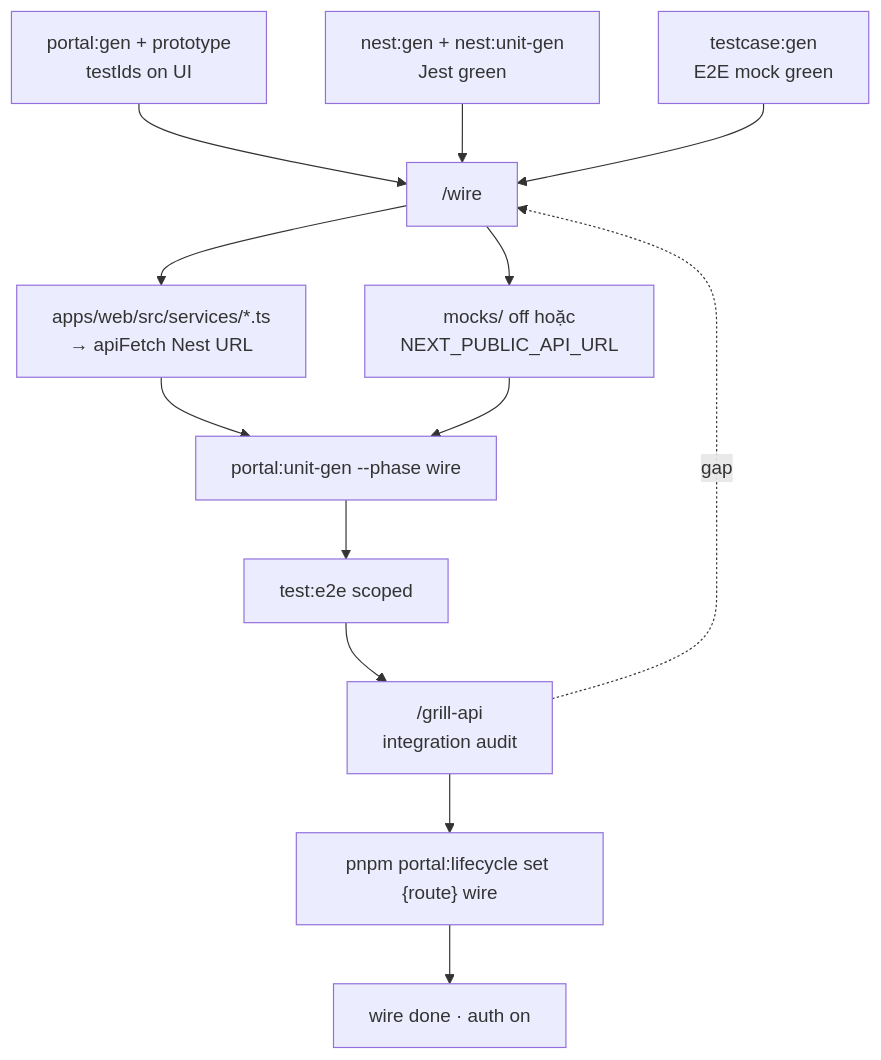
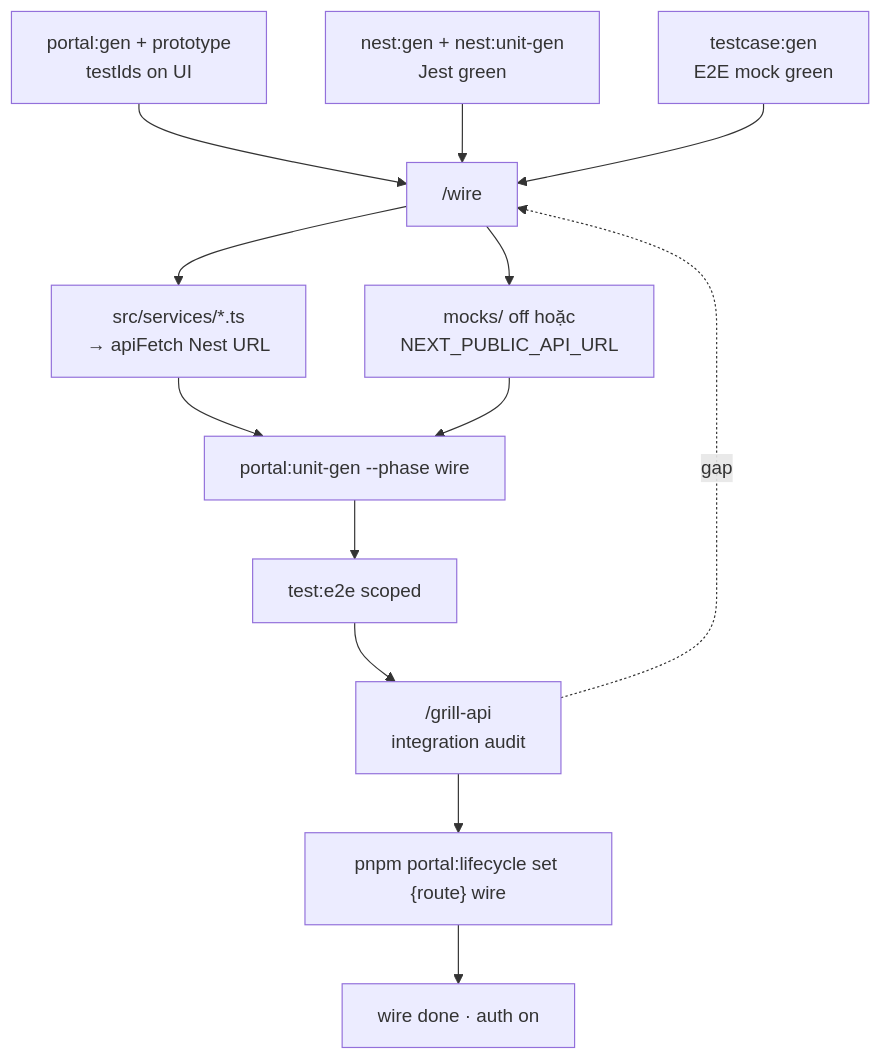
One commit to raintr91/next_nest changed the first of 4 diagrams in docs/operational/WIRE-PHASE-DIAGRAM.md. Above: the diagram before and after it, drawn with Mermaid. The commit also changed other lines of this file and 233 other files, not shown here.

````diff
--- a/docs/operational/WIRE-PHASE-DIAGRAM.md
+++ b/docs/operational/WIRE-PHASE-DIAGRAM.md
@@ -13,28 +13,28 @@
 ```mermaid
 flowchart TD
   PRE_FE["portal:gen + prototype\ntestIds on UI"]
   PRE_API["nest:gen + nest:unit-gen\nJest green"]
   PRE_E2E["testcase:gen\nE2E mock green"]
   W["/wire"]
-  SVC["apps/web/src/services/*.ts\n→ apiFetch Nest URL"]
+  SVC["src/services/*.ts\n→ apiFetch Nest URL"]
   MOCK["mocks/ off hoặc\nNEXT_PUBLIC_API_URL"]
   PU["portal:unit-gen --phase wire"]
   E2E["test:e2e scoped"]
   GW["/grill-api\nintegration audit"]
   LIFE["pnpm portal:lifecycle set {route} wire"]
   DONE["wire done · auth on"]
 
   PRE_FE --> W
   PRE_API --> W
   PRE_E2E --> W
   W --> SVC
   W --> MOCK
   SVC --> PU
   MOCK --> PU
   PU --> E2E
   E2E --> GW
   GW --> LIFE
   LIFE --> DONE
 
   GW -.->|gap| W
 ```
````
